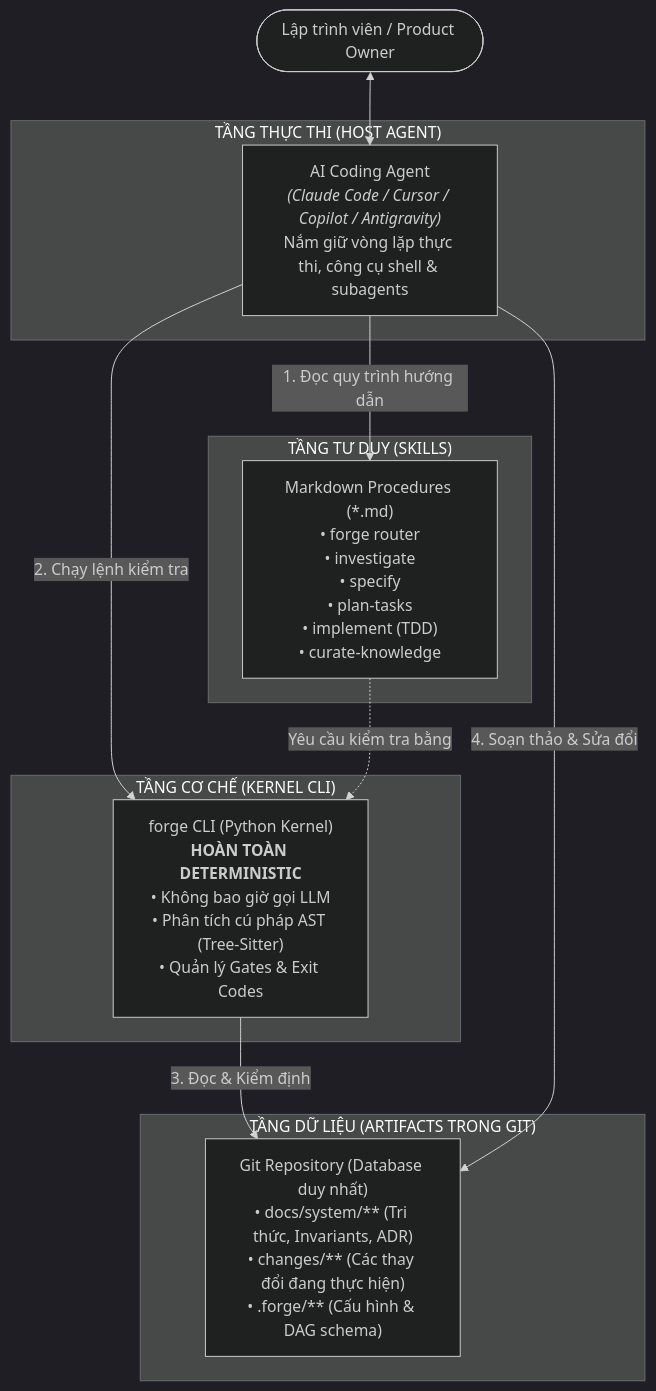
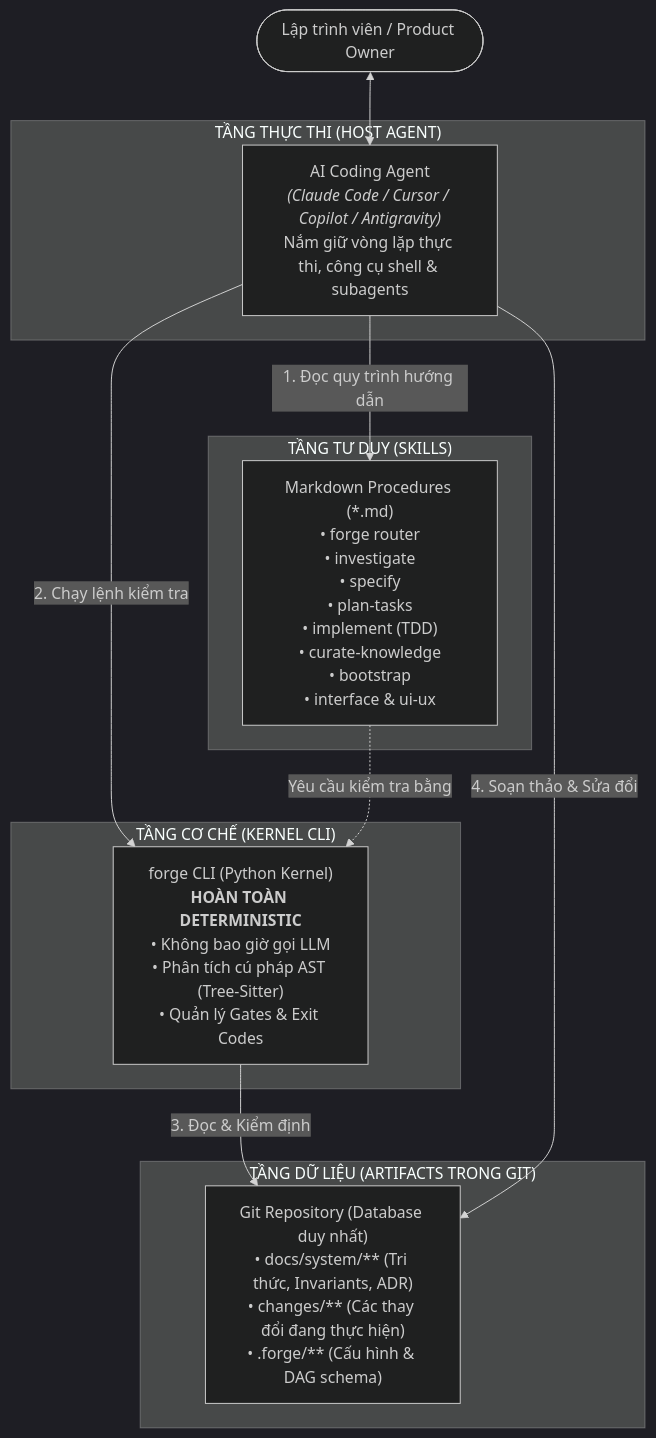
One commit to CodeGenLabs/forge-harness changed the second of 4 diagrams in docs/vi/README.md. Above: the diagram before and after it, drawn with Mermaid (dark theme). The commit also changed other lines of this file and 21 other files, not shown here.

````diff
--- a/docs/vi/README.md
+++ b/docs/vi/README.md
@@ -161,26 +166,26 @@
 ```mermaid
 graph TD
     User(["Lập trình viên / Product Owner"]) <--> HostAgent
 
     subgraph Host["TẦNG THỰC THI (HOST AGENT)"]
         HostAgent["AI Coding Agent<br><i>(Claude Code / Cursor / Copilot / Antigravity)</i><br>Nắm giữ vòng lặp thực thi, công cụ shell & subagents"]
     end
 
     subgraph SkillsLayer["TẦNG TƯ DUY (SKILLS)"]
-        Skills["Markdown Procedures (*.md)<br>• forge router<br>• investigate<br>• specify<br>• plan-tasks<br>• implement (TDD)<br>• curate-knowledge"]
+        Skills["Markdown Procedures (*.md)<br>• forge router<br>• investigate<br>• specify<br>• plan-tasks<br>• implement (TDD)<br>• curate-knowledge<br>• bootstrap<br>• interface & ui-ux"]
     end
 
     subgraph KernelLayer["TẦNG CƠ CHẾ (KERNEL CLI)"]
         Kernel["forge CLI (Python Kernel)<br><b>HOÀN TOÀN DETERMINISTIC</b><br>• Không bao giờ gọi LLM<br>• Phân tích cú pháp AST (Tree-Sitter)<br>• Quản lý Gates & Exit Codes"]
     end
 
     subgraph DataLayer["TẦNG DỮ LIỆU (ARTIFACTS TRONG GIT)"]
         GitStore["Git Repository (Database duy nhất)<br>• docs/system/** (Tri thức, Invariants, ADR)<br>• changes/** (Các thay đổi đang thực hiện)<br>• .forge/** (Cấu hình & DAG schema)"]
     end
 
     HostAgent -->|1. Đọc quy trình hướng dẫn| Skills
     HostAgent -->|2. Chạy lệnh kiểm tra| Kernel
     Skills -.->|Yêu cầu kiểm tra bằng| Kernel
     Kernel -->|3. Đọc & Kiểm định| GitStore
     HostAgent -->|4. Soạn thảo & Sửa đổi| GitStore
 ```
````
